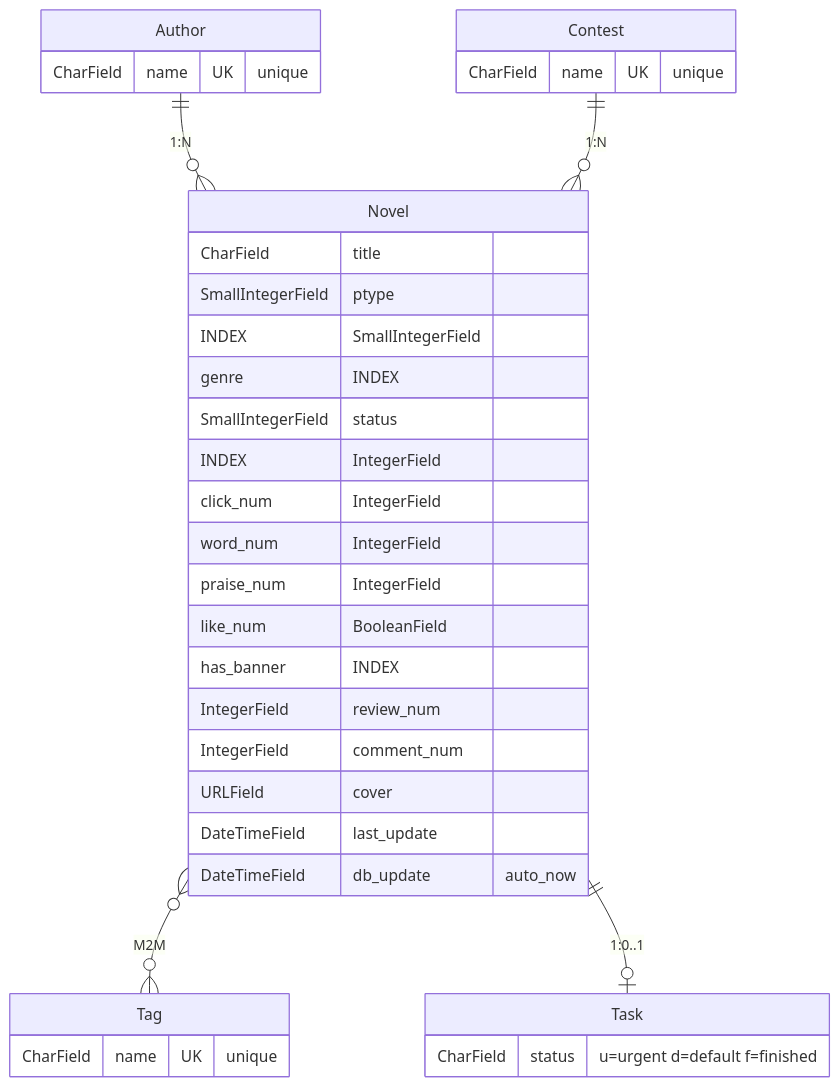
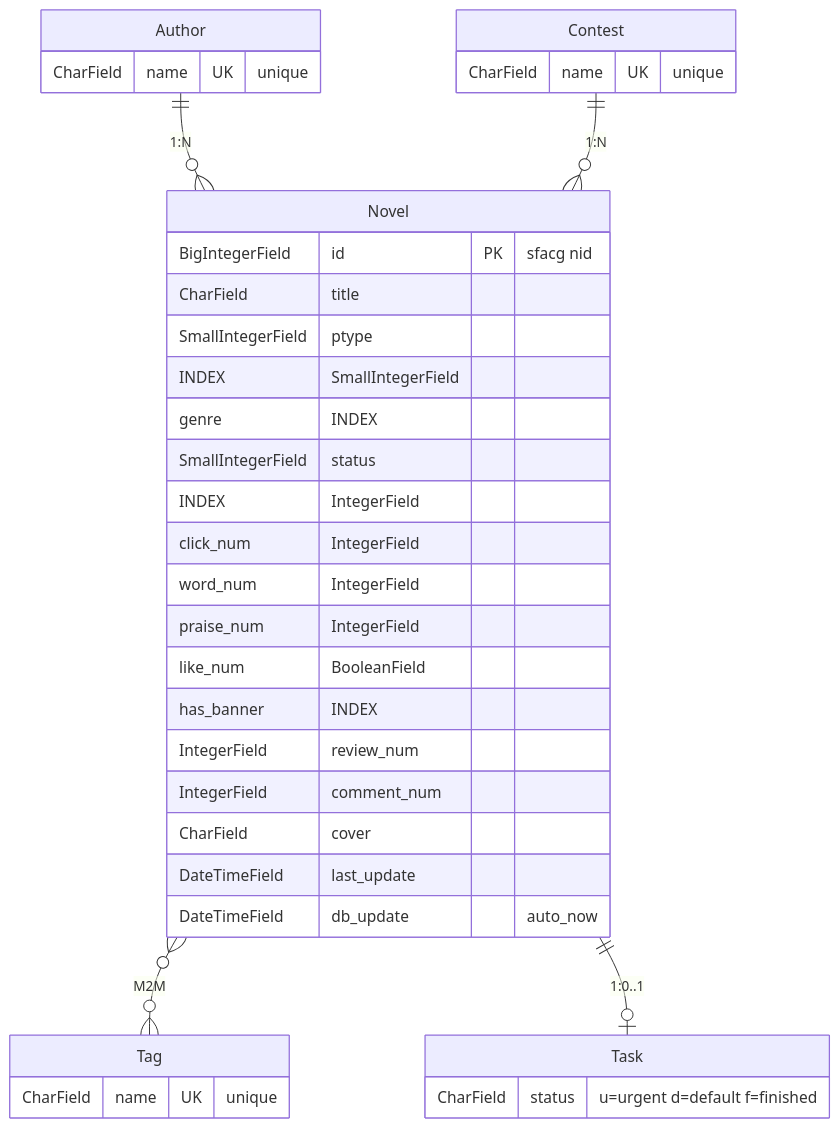
Before and after one commit to light-nook-labs/novel_hub: the diagram in README.md, drawn with Mermaid. The commit also changed other lines of this file and 4 other files, not shown here.

````diff
--- a/README.md
+++ b/README.md
@@ -24,40 +26,41 @@
 ```mermaid
 erDiagram
     Author {
         CharField name UK "unique"
     }
 
     Tag {
         CharField name UK "unique"
     }
 
     Contest {
         CharField name UK "unique"
     }
 
     Novel {
+        BigIntegerField id PK "sfacg nid"
         CharField title
         SmallIntegerField ptype INDEX
         SmallIntegerField genre INDEX
         SmallIntegerField status INDEX
         IntegerField click_num
         IntegerField word_num
         IntegerField praise_num
         IntegerField like_num
         BooleanField has_banner INDEX
         IntegerField review_num
         IntegerField comment_num
-        URLField cover
+        CharField cover
         DateTimeField last_update
         DateTimeField db_update "auto_now"
     }
 
     Task {
         CharField status "u=urgent d=default f=finished"
     }
 
     Author ||--o{ Novel : "1:N"
     Contest ||--o{ Novel : "1:N"
     Novel }o--o{ Tag : "M2M"
     Novel ||--o| Task : "1:0..1"
 ```
````
